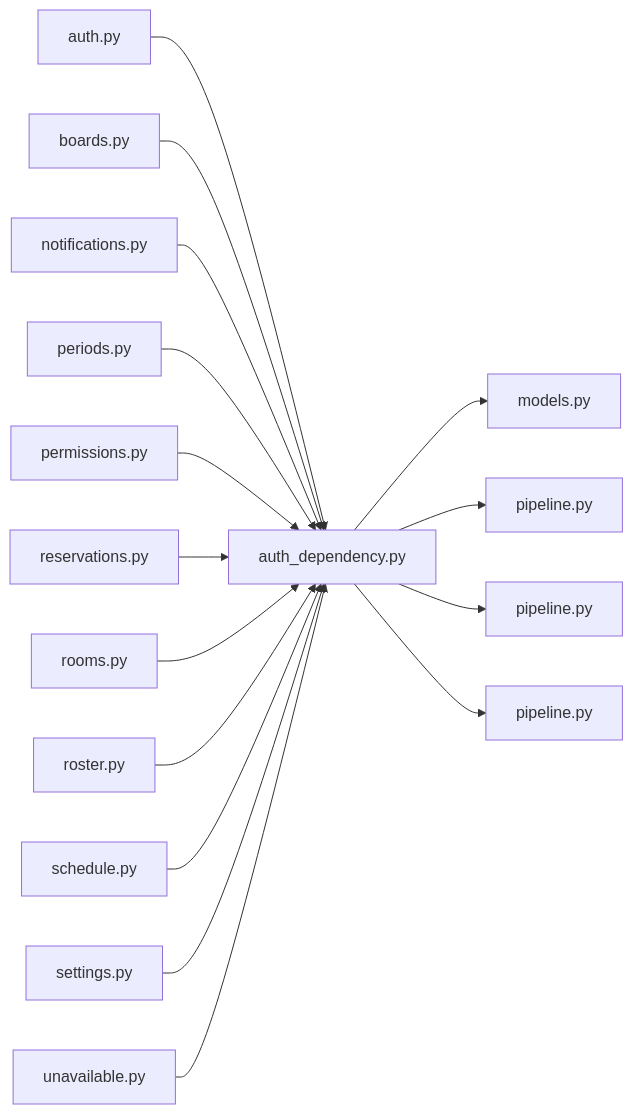
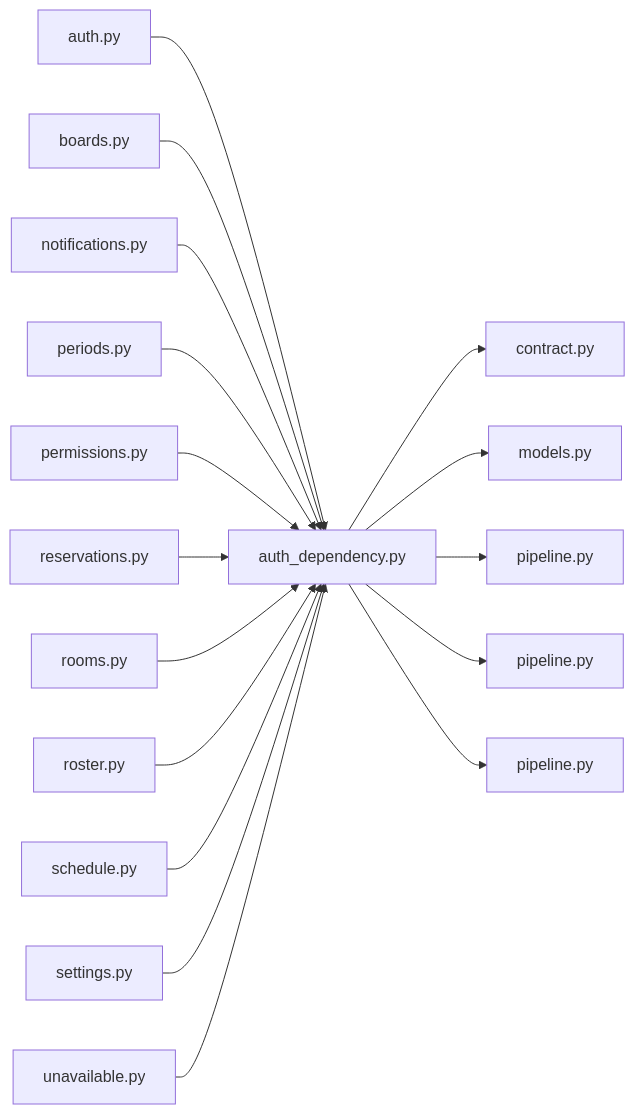
The diagram in .cluedoc/graph/backend/src/backend/api/auth_dependency.md (minkong-dev/Banblit), drawn with Mermaid before and after one commit. The commit also changed other lines of this file and 48 other files, not shown here.

First line of the commit message:
backend: split file storage into its own module and keep shared literals in contract

````diff
--- a/.cluedoc/graph/backend/src/backend/api/auth_dependency.md
+++ b/.cluedoc/graph/backend/src/backend/api/auth_dependency.md
@@ -10,19 +10,20 @@
 ```mermaid
 flowchart LR
   backend_src_backend_api_auth_dependency["auth_dependency.py"]
+  backend_src_backend_api_auth_dependency --> backend_src_backend_contract["contract.py"]
   backend_src_backend_api_auth_dependency --> backend_src_backend_db_models["models.py"]
   backend_src_backend_api_auth_dependency --> backend_src_backend_db_pipeline["pipeline.py"]
   backend_src_backend_api_auth_dependency --> backend_src_backend_services_auth_pipeline["pipeline.py"]
   backend_src_backend_api_auth_dependency --> backend_src_backend_services_permission_pipeline["pipeline.py"]
   backend_src_backend_api_routers_auth["auth.py"] --> backend_src_backend_api_auth_dependency
   backend_src_backend_api_routers_boards["boards.py"] --> backend_src_backend_api_auth_dependency
   backend_src_backend_api_routers_notifications["notifications.py"] --> backend_src_backend_api_auth_dependency
   backend_src_backend_api_routers_periods["periods.py"] --> backend_src_backend_api_auth_dependency
   backend_src_backend_api_routers_permissions["permissions.py"] --> backend_src_backend_api_auth_dependency
   backend_src_backend_api_routers_reservations["reservations.py"] --> backend_src_backend_api_auth_dependency
   backend_src_backend_api_routers_rooms["rooms.py"] --> backend_src_backend_api_auth_dependency
   backend_src_backend_api_routers_roster["roster.py"] --> backend_src_backend_api_auth_dependency
   backend_src_backend_api_routers_schedule["schedule.py"] --> backend_src_backend_api_auth_dependency
   backend_src_backend_api_routers_settings["settings.py"] --> backend_src_backend_api_auth_dependency
   backend_src_backend_api_routers_unavailable["unavailable.py"] --> backend_src_backend_api_auth_dependency
 ```
````
